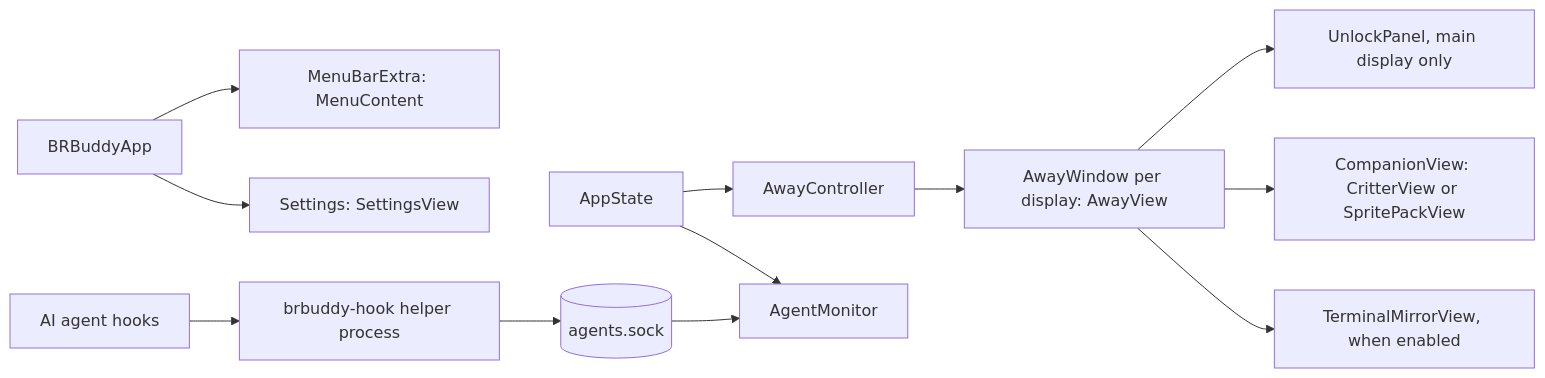
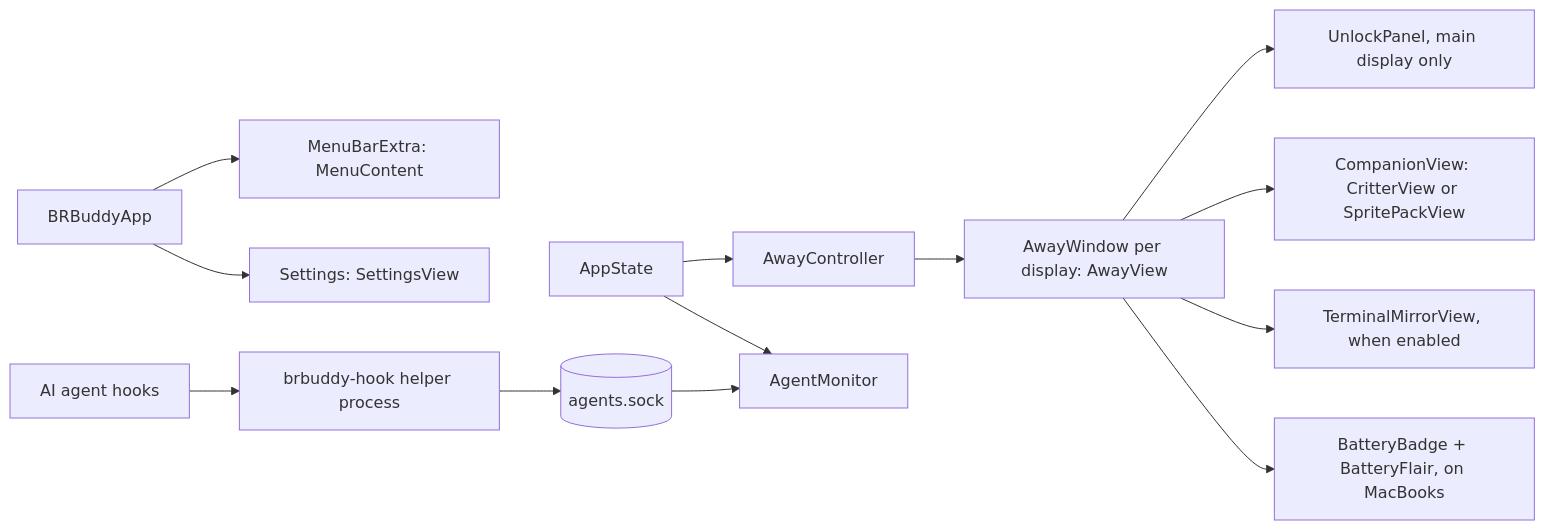
The first of 2 diagrams in docs/architecture/README.md (dhaataalimited-hub/brbuddy), drawn with Mermaid before and after one commit. The commit also changed other lines of this file and 19 other files, not shown here.

````diff
--- a/docs/architecture/README.md
+++ b/docs/architecture/README.md
@@ -34,13 +37,14 @@
 ```mermaid
 flowchart LR
   App[BRBuddyApp] --> Menu[MenuBarExtra: MenuContent]
   App --> Settings[Settings: SettingsView]
   State[AppState] --> Away[AwayController]
   Away --> Win[AwayWindow per display: AwayView]
   Win --> Unlock[UnlockPanel, main display only]
   Win --> Comp[CompanionView: CritterView or SpritePackView]
   Win --> Mirror[TerminalMirrorView, when enabled]
+  Win --> Batt[BatteryBadge + BatteryFlair, on MacBooks]
   Agents[AI agent hooks] --> Hook[brbuddy-hook helper process]
   Hook --> Sock[(agents.sock)] --> Monitor[AgentMonitor]
   State --> Monitor
 ```
````
